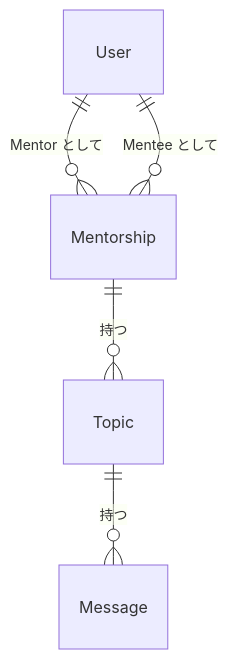
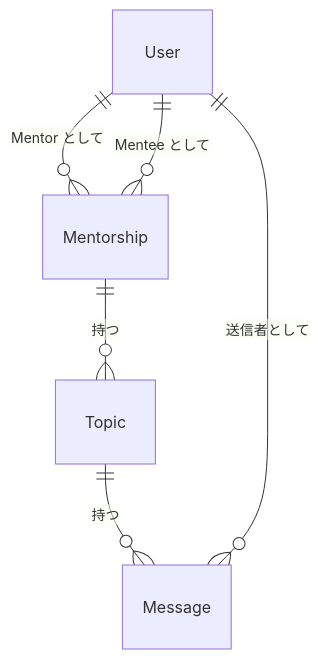
One commit to prota-p/MentorApp changed the third of 4 diagrams in docs/spec.md. Above: the diagram before and after it, drawn with Mermaid.

Commit message:
docs: ER図にMessage→User（送信者）の関連を追加

````diff
--- a/docs/spec.md
+++ b/docs/spec.md
@@ -225,7 +225,8 @@
 ```mermaid
 erDiagram
     User ||--o{ Mentorship : "Mentor として"
     User ||--o{ Mentorship : "Mentee として"
     Mentorship ||--o{ Topic : "持つ"
     Topic ||--o{ Message : "持つ"
+    User ||--o{ Message : "送信者として"
 ```
````
